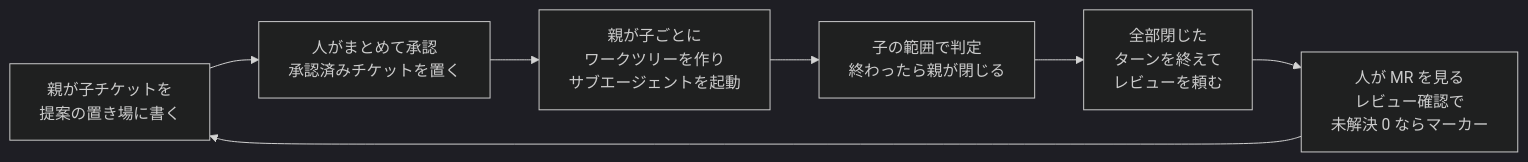
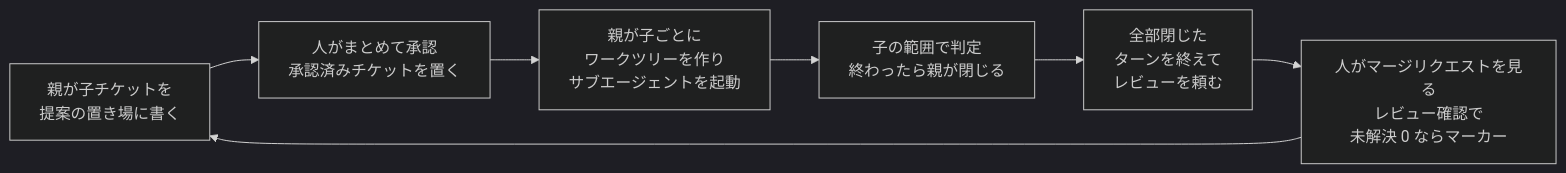
The fourth of 4 diagrams in requirements.md (yuki-matsu783/ccnavi), drawn with Mermaid (dark theme) before and after one commit. The commit also changed other lines of this file and 39 other files, not shown here.

````diff
--- a/requirements.md
+++ b/requirements.md
@@ -713,9 +713,9 @@
 ```mermaid
 flowchart LR
   A[親が子チケットを<br/>提案の置き場に書く] --> B[人がまとめて承認<br/>承認済みチケットを置く]
   B --> C[親が子ごとに<br/>ワークツリーを作り<br/>サブエージェントを起動]
   C --> D[子の範囲で判定<br/>終わったら親が閉じる]
   D --> E[全部閉じた<br/>ターンを終えて<br/>レビューを頼む]
-  E --> F[人が MR を見る<br/>レビュー確認で<br/>未解決 0 ならマーカー]
+  E --> F[人がマージリクエストを見る<br/>レビュー確認で<br/>未解決 0 ならマーカー]
   F --> A
 ```
````
